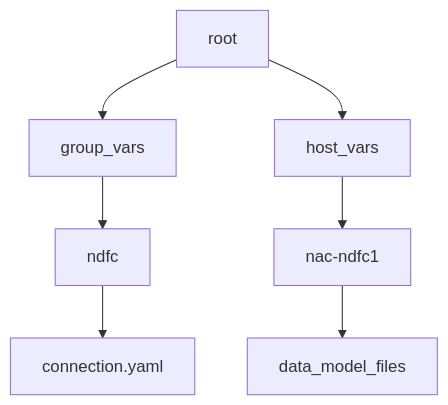
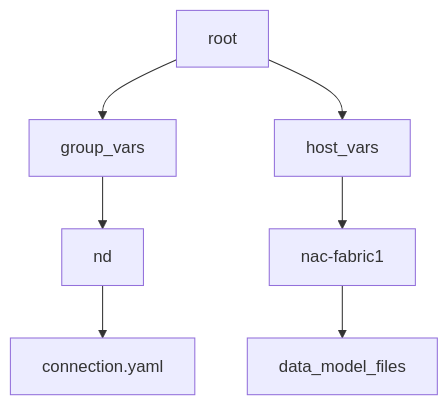
One commit to netascode/ansible-dc-vxlan changed the diagram in README.md. Above: the diagram before and after it, drawn with Mermaid. The commit also changed other lines of this file, not shown here.

````diff
--- a/README.md
+++ b/README.md
@@ -223,9 +223,9 @@
 ```mermaid
 graph
   root-->group_vars
   root-->host_vars
-  group_vars-->ndfc
-  ndfc-->connection.yaml
-  host_vars-->nac-ndfc1
-  nac-ndfc1-->data_model_files
+  group_vars-->nd
+  nd-->connection.yaml
+  host_vars-->nac-fabric1
+  nac-fabric1-->data_model_files
 ```
````
